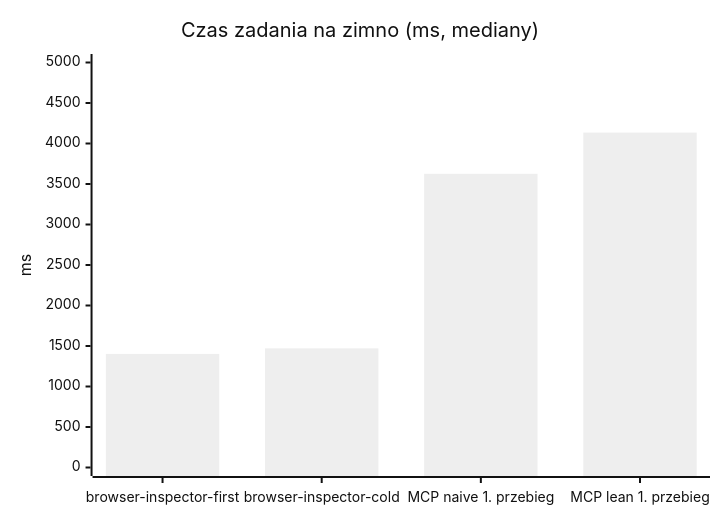
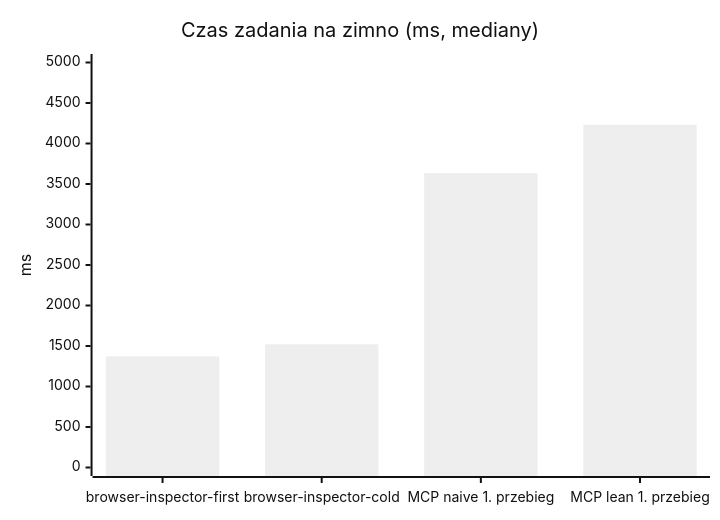
The second of 3 diagrams in bench/RAPORT.md (nowiro/scribe-devtools), drawn with Mermaid (neutral theme) before and after one commit. The commit also changed other lines of this file and 17 other files, not shown here.

````diff
--- a/bench/RAPORT.md
+++ b/bench/RAPORT.md
@@ -35,7 +35,7 @@
 ```mermaid
 xychart-beta
     title "Czas zadania na zimno (ms, mediany)"
     x-axis ["browser-inspector-first", "browser-inspector-cold", "MCP naive 1. przebieg", "MCP lean 1. przebieg"]
     y-axis "ms" 0 --> 5000
-    bar [1402, 1471, 3626, 4135]
+    bar [1372, 1521, 3634, 4231]
 ```
````
